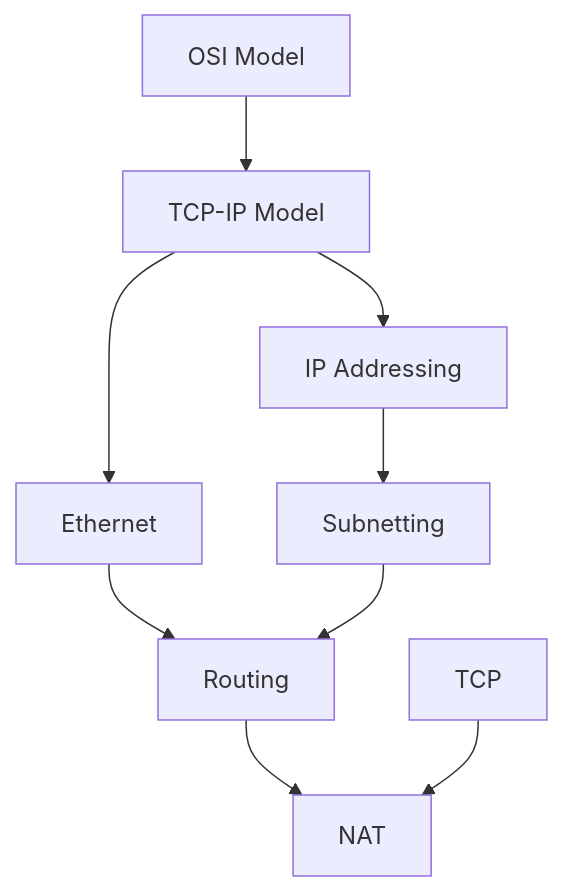
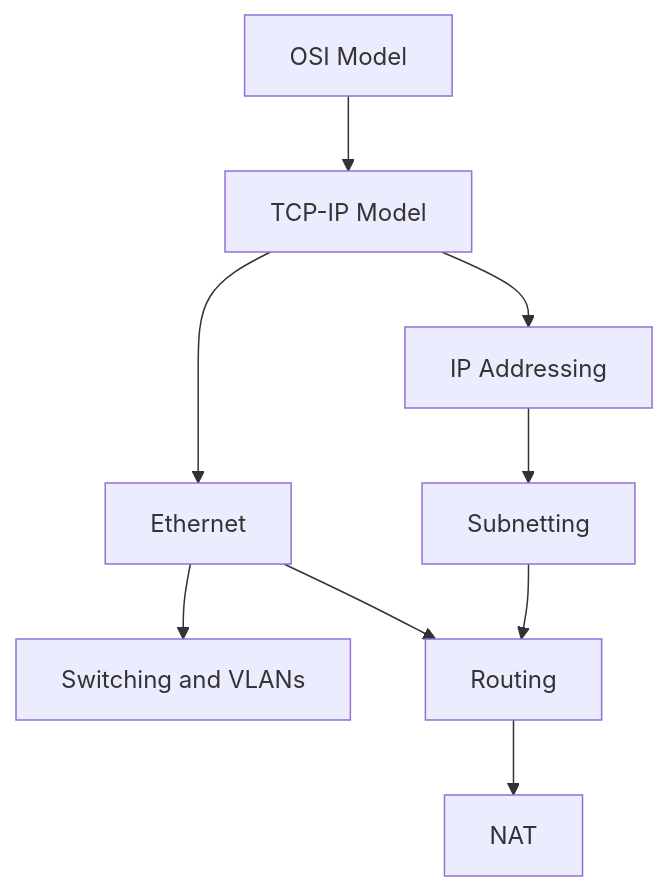
One commit to ro121/start-here changed the diagram in 04-networking/README.md. Above: the diagram before and after it, drawn with Mermaid. The commit also changed other lines of this file and 31 other files, not shown here.

Commit message:
Integrate six roadmap.sh references and fill curriculum gaps

````diff
--- a/04-networking/README.md
+++ b/04-networking/README.md
@@ -162,19 +194,19 @@
 ```mermaid
 flowchart TD
     n0["OSI Model"]
     n1["TCP-IP Model"]
     n2["Ethernet"]
-    n3["IP Addressing"]
-    n4["Subnetting"]
-    n5["Routing"]
-    n6["NAT"]
-    n7["TCP"]
+    n3["Switching and VLANs"]
+    n4["IP Addressing"]
+    n5["Subnetting"]
+    n6["Routing"]
+    n7["NAT"]
     n0 --> n1
     n1 --> n2
-    n1 --> n3
-    n3 --> n4
-    n2 --> n5
+    n2 --> n3
+    n1 --> n4
     n4 --> n5
+    n2 --> n6
     n5 --> n6
-    n7 --> n6
+    n6 --> n7
 ```
````
